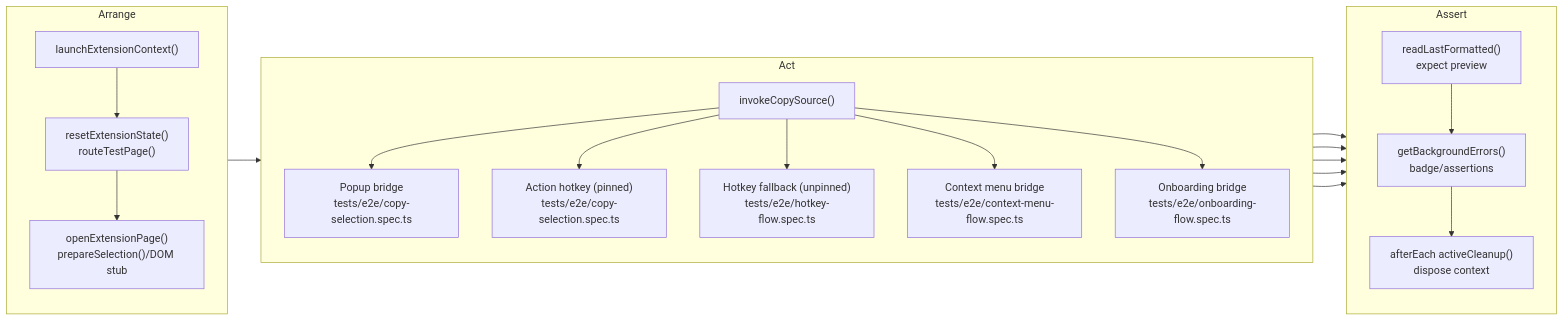
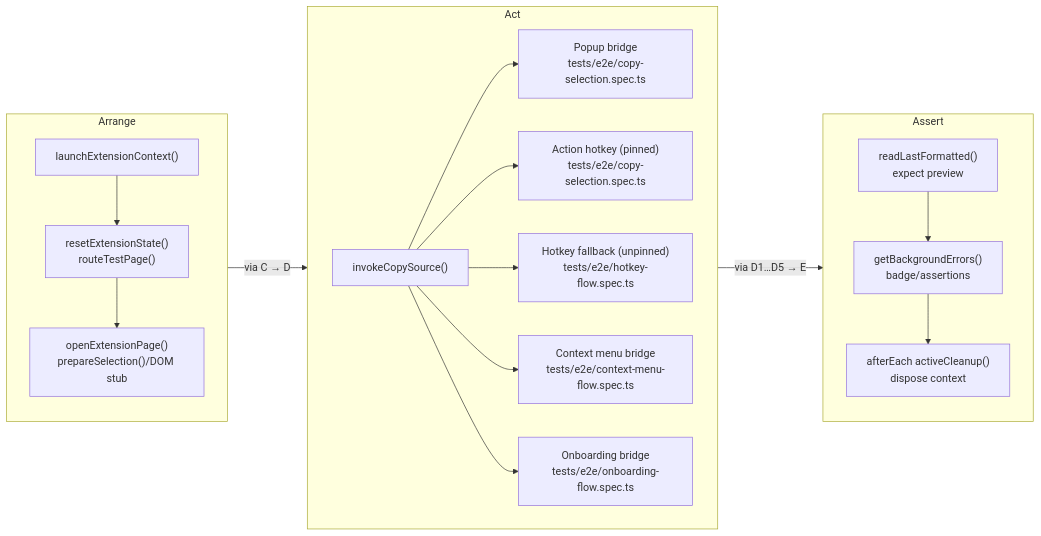
One commit to PabloLION/MarkQuote changed the diagram in docs/dev/test-coverage.md. Above: the diagram before and after it, drawn with Mermaid. The commit also changed other lines of this file, not shown here.

Commit message:
docs: update flowchart structure in test coverage documentation

````diff
--- a/docs/dev/test-coverage.md
+++ b/docs/dev/test-coverage.md
@@ -26,30 +26,26 @@
 ```mermaid
 flowchart LR
-    subgraph "Arrange"
-        direction TB
-        A["launchExtensionContext()"] --> B["resetExtensionState()<br/>routeTestPage()"]
-        B --> C["openExtensionPage()<br/>prepareSelection()/DOM stub"]
-    end
+  %% Use IDs so we can link the subgraphs (not their inner nodes)
+  subgraph ARR[Arrange]
+    direction TB
+    A["launchExtensionContext()"] --> B["resetExtensionState()<br/>routeTestPage()"] --> C["openExtensionPage()<br/>prepareSelection()/DOM stub"]
+  end
+  ARR -- "via C → D" --> ACT
 
-    subgraph "Act"
-        direction TB
-        D["invokeCopySource()"]
-        D --> D1["Popup bridge<br/>tests/e2e/copy-selection.spec.ts"]
-        D --> D2["Action hotkey (pinned)<br/>tests/e2e/copy-selection.spec.ts"]
-        D --> D3["Hotkey fallback (unpinned)<br/>tests/e2e/hotkey-flow.spec.ts"]
-        D --> D4["Context menu bridge<br/>tests/e2e/context-menu-flow.spec.ts"]
-        D --> D5["Onboarding bridge<br/>tests/e2e/onboarding-flow.spec.ts"]
-    end
+  subgraph ACT[Act]
+    direction LR
+    D["invokeCopySource()"]
+    D --> D1["Popup bridge<br/>tests/e2e/copy-selection.spec.ts"]
+    D --> D2["Action hotkey (pinned)<br/>tests/e2e/copy-selection.spec.ts"]
+    D --> D3["Hotkey fallback (unpinned)<br/>tests/e2e/hotkey-flow.spec.ts"]
+    D --> D4["Context menu bridge<br/>tests/e2e/context-menu-flow.spec.ts"]
+    D --> D5["Onboarding bridge<br/>tests/e2e/onboarding-flow.spec.ts"]
+  end
+  ACT -- "via D1…D5 → E" --> ASS
 
-    subgraph "Assert"
-        direction TB
-        E["readLastFormatted()<br/>expect preview"] --> F["getBackgroundErrors()<br/>badge/assertions"] --> G["afterEach activeCleanup()<br/>dispose context"]
-    end
+  subgraph ASS[Assert]
+    direction TB
+    E["readLastFormatted()<br/>expect preview"] --> F["getBackgroundErrors()<br/>badge/assertions"] --> G["afterEach activeCleanup()<br/>dispose context"]
+  end
 
-    C --> D
-    D1 --> E
-    D2 --> E
-    D3 --> E
-    D4 --> E
-    D5 --> E
 ```
````
